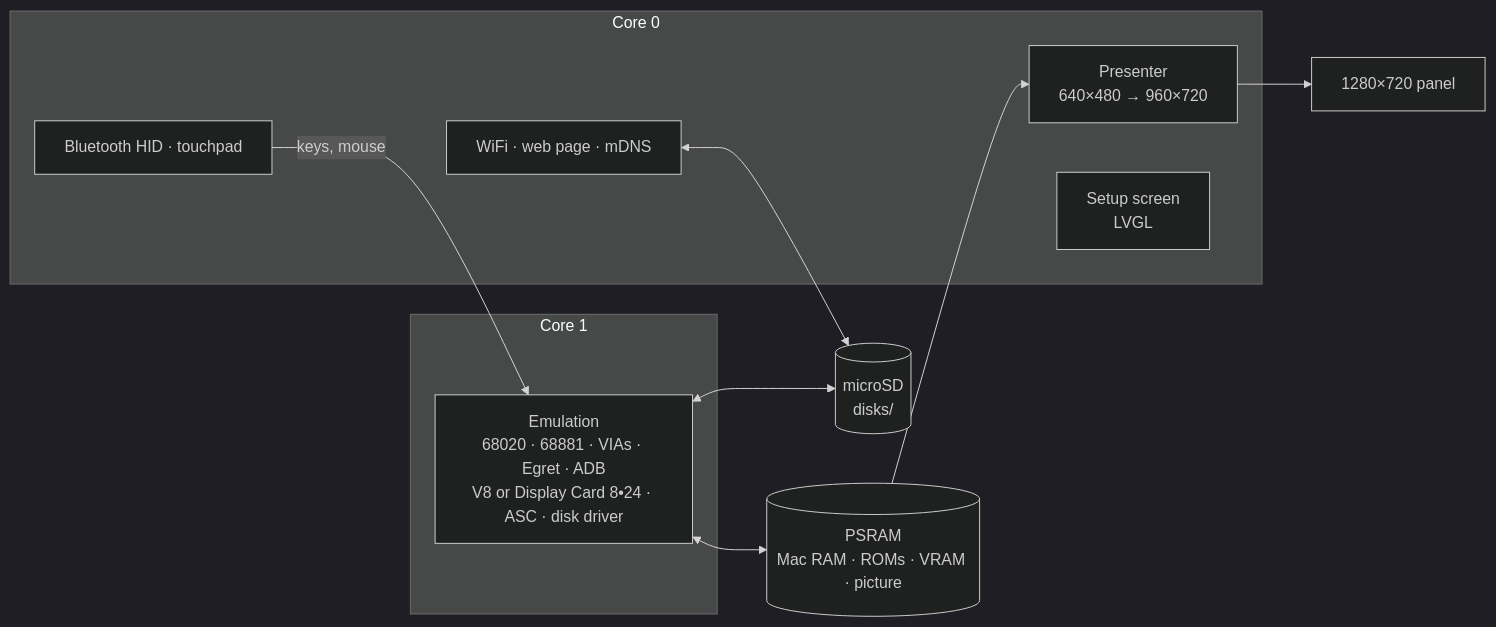
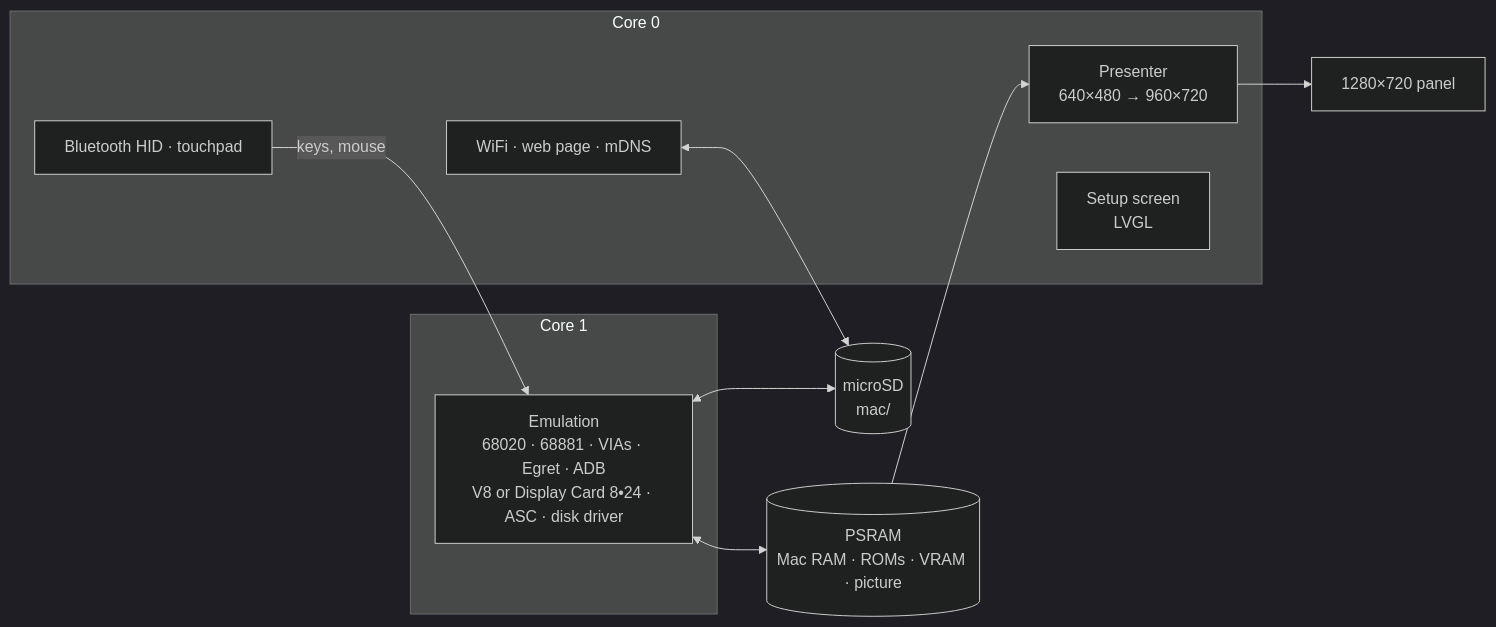
The diagram in README.md (rlucencic/esp32mac2), drawn with Mermaid (dark theme) before and after one commit. The commit also changed other lines of this file and 5 other files, not shown here.

First line of the commit message:
ROMs on the SD card in mac/roms, disk images in mac/ (was disks/)

````diff
--- a/README.md
+++ b/README.md
@@ -229,20 +232,20 @@
 ```mermaid
 flowchart LR
   subgraph core1 [Core 1]
     EMU["Emulation<br>68020 · 68881 · VIAs · Egret · ADB<br>V8 or Display Card 8•24 · ASC · disk driver"]
   end
   subgraph core0 [Core 0]
     PRES[Presenter<br>640×480 → 960×720]
     UI[Setup screen<br>LVGL]
     NET[WiFi · web page · mDNS]
     BLE[Bluetooth HID · touchpad]
   end
   PSRAM[(PSRAM<br>Mac RAM · ROMs · VRAM · picture)]
-  SD[(microSD<br>disks/)]
+  SD[(microSD<br>mac/)]
   EMU <--> PSRAM
   PSRAM --> PRES
   PRES --> LCD[1280×720 panel]
   BLE -- keys, mouse --> EMU
   EMU <--> SD
   NET <--> SD
 ```
````
